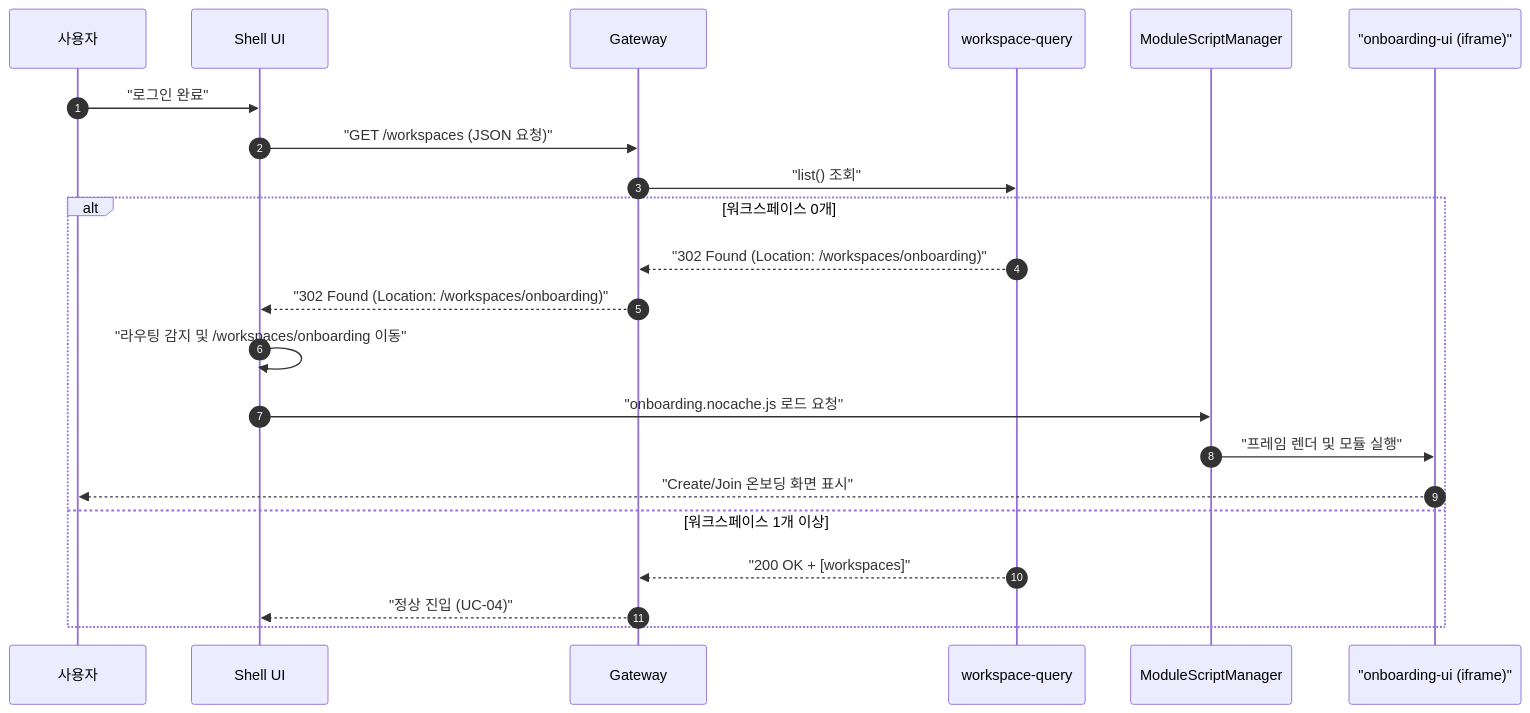
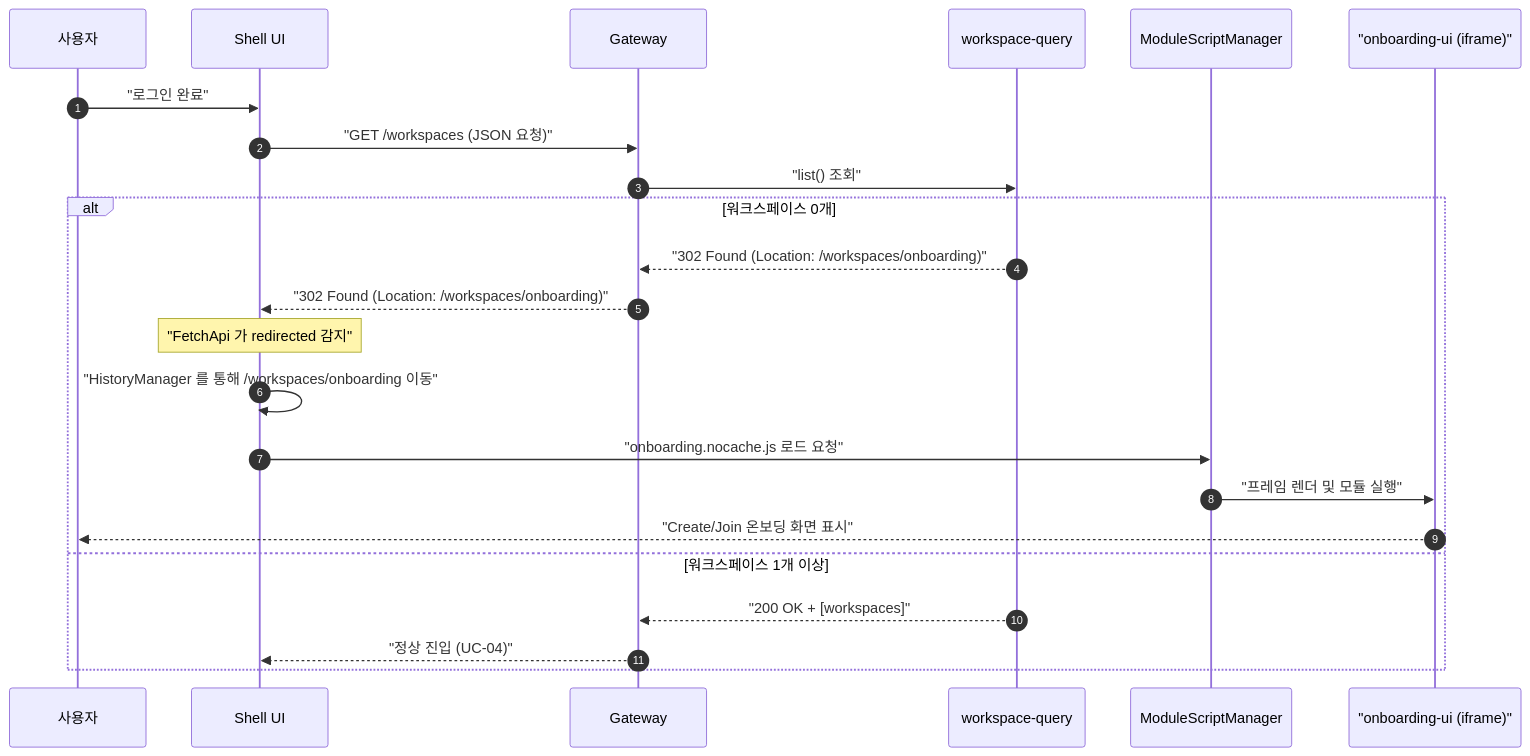
One commit to sayaya1090/handbook changed the tenth of 32 diagrams in docs/usecases.md. Above: the diagram before and after it, drawn with Mermaid. The commit also changed 19 other files, not shown here.

````diff
--- a/docs/usecases.md
+++ b/docs/usecases.md
@@ -559,25 +559,26 @@
 ```mermaid
 sequenceDiagram
     autonumber
     participant User as 사용자
     participant Shell as Shell UI
     participant GW as Gateway
     participant SW as workspace-query
     participant MSM as ModuleScriptManager
     participant OUI as "onboarding-ui (iframe)"
 
     User->>Shell: "로그인 완료"
     Shell->>GW: "GET /workspaces (JSON 요청)"
     GW->>SW: "list() 조회"
     alt 워크스페이스 0개
         SW-->>GW: "302 Found (Location: /workspaces/onboarding)"
         GW-->>Shell: "302 Found (Location: /workspaces/onboarding)"
-        Shell->>Shell: "라우팅 감지 및 /workspaces/onboarding 이동"
+        Note over Shell: "FetchApi 가 redirected 감지"
+        Shell->>Shell: "HistoryManager 를 통해 /workspaces/onboarding 이동"
         Shell->>MSM: "onboarding.nocache.js 로드 요청"
         MSM->>OUI: "프레임 렌더 및 모듈 실행"
         OUI-->>User: "Create/Join 온보딩 화면 표시"
     else 워크스페이스 1개 이상
         SW-->>GW: "200 OK + [workspaces]"
         GW-->>Shell: "정상 진입 (UC-04)"
     end
 ```
````
